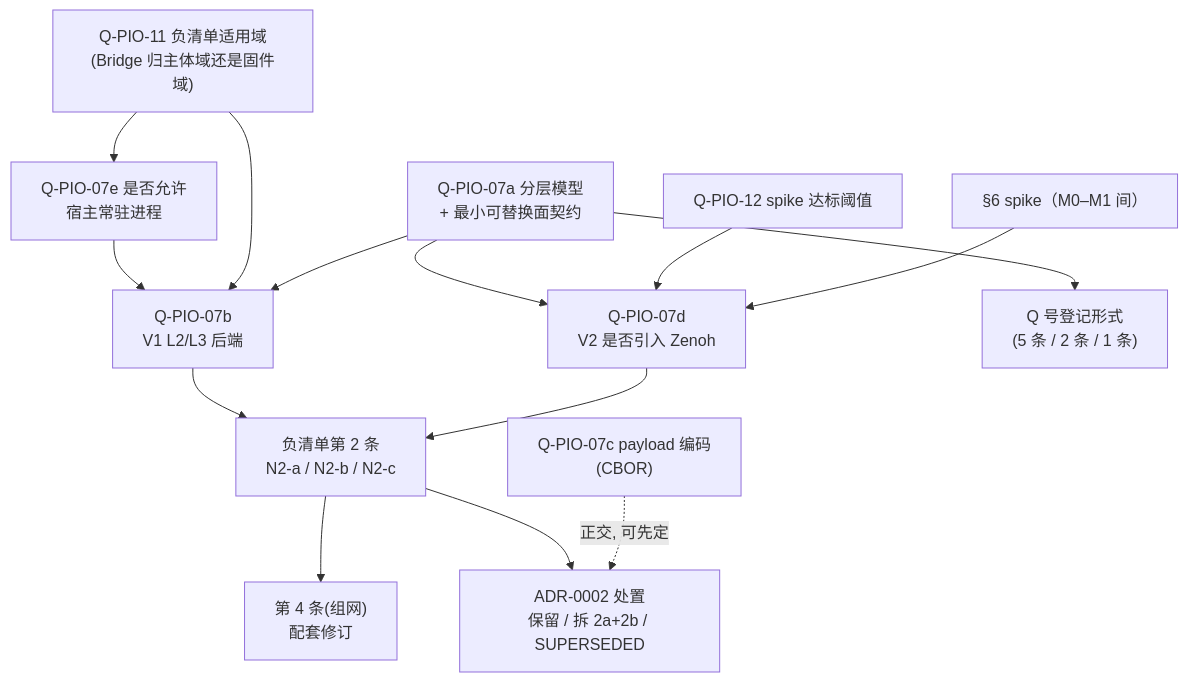
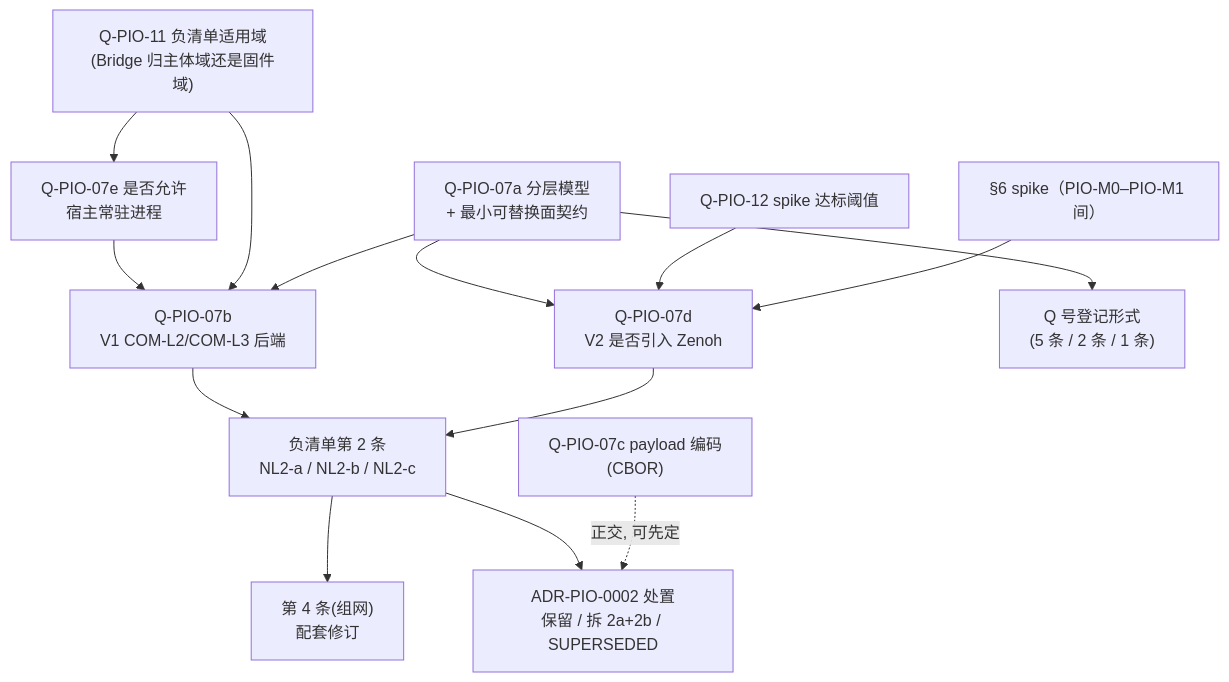
The diagram in physio/docs/RESEARCH_02_comm_protocol.md (embalmer-Y/Galatea), drawn with Mermaid before and after one commit. The commit also changed other lines of this file and 15 other files, not shown here.

````diff
--- a/physio/docs/RESEARCH_02_comm_protocol.md
+++ b/physio/docs/RESEARCH_02_comm_protocol.md
@@ -569,16 +569,16 @@
 ```mermaid
 flowchart TD
   Q11["Q-PIO-11 负清单适用域<br/>(Bridge 归主体域还是固件域)"] --> Q07e
   Q07e["Q-PIO-07e 是否允许<br/>宿主常驻进程"] --> Q07b
-  Q11 --> Q07b["Q-PIO-07b<br/>V1 L2/L3 后端"]
+  Q11 --> Q07b["Q-PIO-07b<br/>V1 COM-L2/COM-L3 后端"]
   Q07a["Q-PIO-07a 分层模型<br/>+ 最小可替换面契约"] --> Q07b
   Q07a --> Q07d["Q-PIO-07d<br/>V2 是否引入 Zenoh"]
-  Q07b --> N2["负清单第 2 条<br/>N2-a / N2-b / N2-c"]
+  Q07b --> N2["负清单第 2 条<br/>NL2-a / NL2-b / NL2-c"]
   Q07d --> N2
   Q12["Q-PIO-12 spike 达标阈值"] --> Q07d
-  SPIKE["§6 spike（M0–M1 间）"] --> Q07d
+  SPIKE["§6 spike（PIO-M0–PIO-M1 间）"] --> Q07d
   N2 --> N4["第 4 条(组网)<br/>配套修订"]
-  N2 --> ADR["ADR-0002 处置<br/>保留 / 拆 2a+2b / SUPERSEDED"]
+  N2 --> ADR["ADR-PIO-0002 处置<br/>保留 / 拆 2a+2b / SUPERSEDED"]
   Q07a --> SPLIT["Q 号登记形式<br/>(5 条 / 2 条 / 1 条)"]
   Q07c["Q-PIO-07c payload 编码<br/>(CBOR)"] -.正交, 可先定.-> ADR
 ```
````
